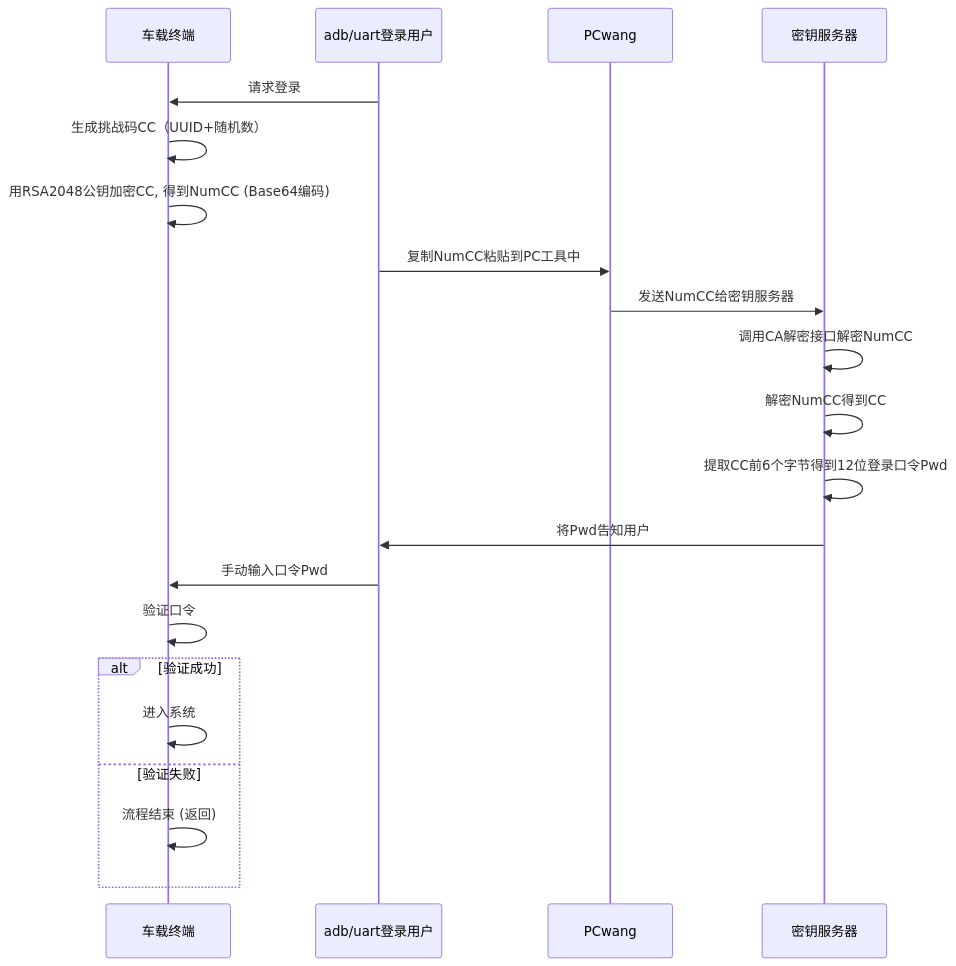
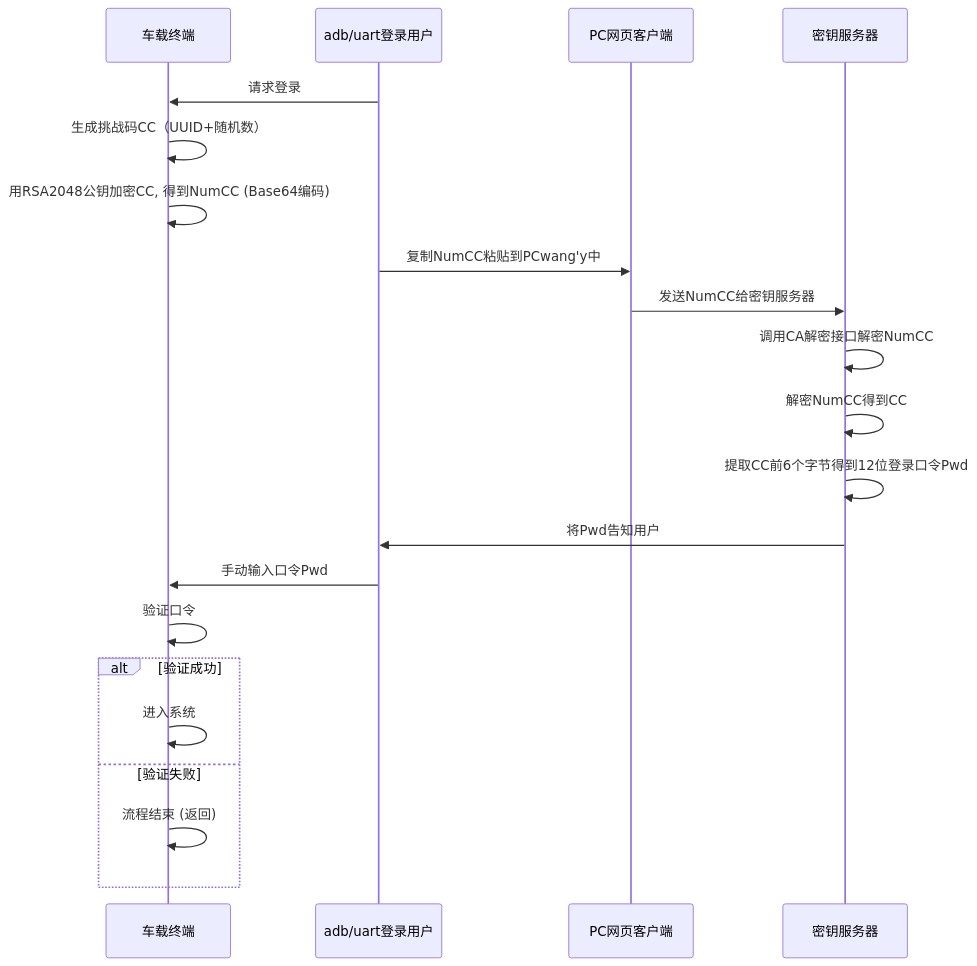
One commit to facebook-cloud/iodraw-files changed the diagram in all/未命名-14.md. Above: the diagram before and after it, drawn with Mermaid.

Commit message:
2026-02-03 13:26:57 update

````diff
--- a/all/未命名-14.md
+++ b/all/未命名-14.md
@@ -1,27 +1,27 @@
 ```mermaid
 sequenceDiagram
     participant tbox as 车载终端
     participant user as adb/uart登录用户
-    participant pc as PCwang
+    participant pc as PC网页客户端
     participant tech_center as 密钥服务器
   
 
     user->>tbox: 请求登录
     tbox->>tbox: 生成挑战码CC（UUID+随机数）
     tbox->>tbox: 用RSA2048公钥加密CC, 得到NumCC (Base64编码)
-    user->>pc: 复制NumCC粘贴到PC工具中
+    user->>pc: 复制NumCC粘贴到PCwang'y中
     pc->>tech_center: 发送NumCC给密钥服务器
     tech_center->>tech_center: 调用CA解密接口解密NumCC
     tech_center->>tech_center: 解密NumCC得到CC
     tech_center->>tech_center: 提取CC前6个字节得到12位登录口令Pwd
     tech_center->>user: 将Pwd告知用户
     user->>tbox: 手动输入口令Pwd
     tbox->>tbox: 验证口令
     alt 验证成功
         tbox->>tbox: 进入系统
     else 验证失败
         tbox->>tbox: 流程结束 (返回)
     end
 
 
 ```
````
